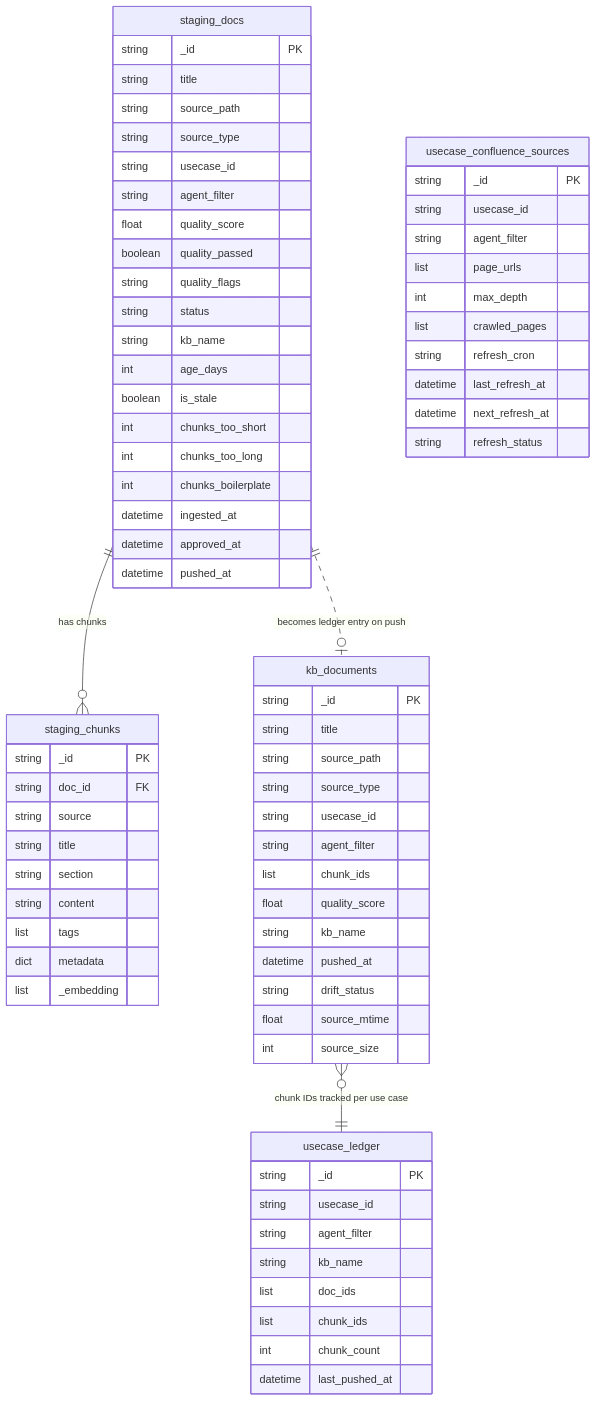
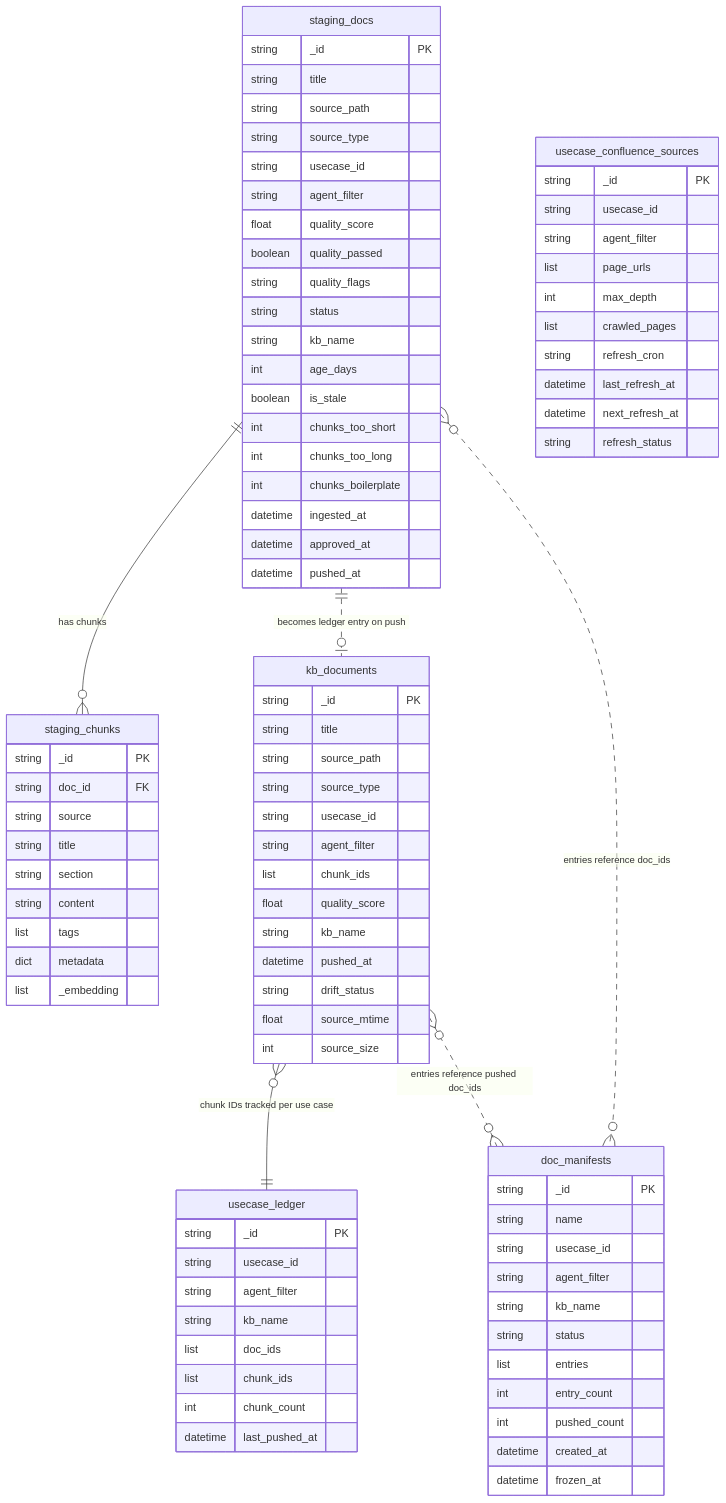
Before and after one commit to aasthapit/knowledge-ingestment-pipeline: the third of 5 diagrams in docs/corpus-lifecycle.md, drawn with Mermaid. The commit also changed other lines of this file and 8 other files, not shown here.

````diff
--- a/docs/corpus-lifecycle.md
+++ b/docs/corpus-lifecycle.md
@@ -152,7 +152,22 @@
         datetime next_refresh_at
         string refresh_status
     }
+    doc_manifests {
+        string _id PK
+        string name
+        string usecase_id
+        string agent_filter
+        string kb_name
+        string status
+        list entries
+        int entry_count
+        int pushed_count
+        datetime created_at
+        datetime frozen_at
+    }
     staging_docs ||--o{ staging_chunks : "has chunks"
     staging_docs ||..o| kb_documents : "becomes ledger entry on push"
     kb_documents }o--|| usecase_ledger : "chunk IDs tracked per use case"
+    staging_docs }o..o{ doc_manifests : "entries reference doc_ids"
+    kb_documents }o..o{ doc_manifests : "entries reference pushed doc_ids"
 ```
````
